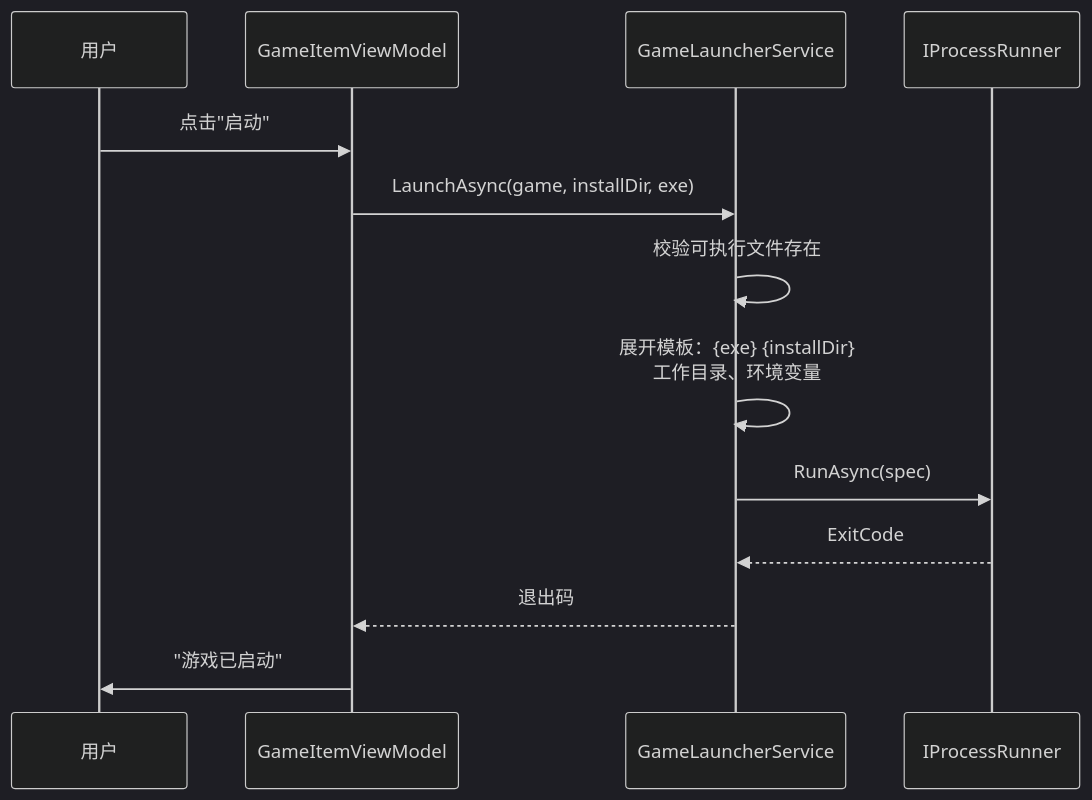
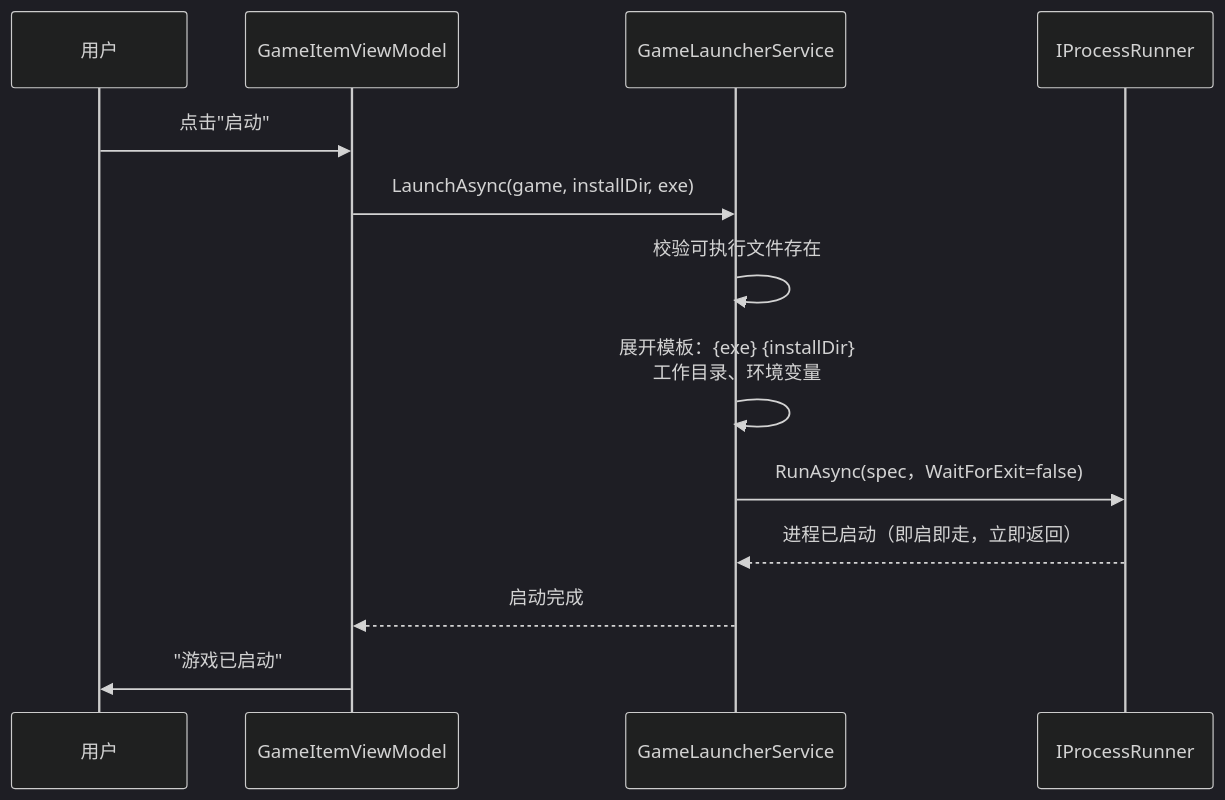
One commit to AngelBeats-Kanade/YetAnotherGameLauncher changed the second of 7 diagrams in docs/ARCHITECTURE.md. Above: the diagram before and after it, drawn with Mermaid (dark theme). The commit also changed other lines of this file and 9 other files, not shown here.

````diff
--- a/docs/ARCHITECTURE.md
+++ b/docs/ARCHITECTURE.md
@@ -82,16 +87,16 @@
 ```mermaid
 sequenceDiagram
     participant U as 用户
     participant VM as GameItemViewModel
     participant LS as GameLauncherService
     participant PR as IProcessRunner
 
     U->>VM: 点击"启动"
     VM->>LS: LaunchAsync(game, installDir, exe)
     LS->>LS: 校验可执行文件存在
     LS->>LS: 展开模板：{exe} {installDir}<br/>工作目录、环境变量
-    LS->>PR: RunAsync(spec)
-    PR-->>LS: ExitCode
-    LS-->>VM: 退出码
+    LS->>PR: RunAsync(spec，WaitForExit=false)
+    PR-->>LS: 进程已启动（即启即走，立即返回）
+    LS-->>VM: 启动完成
     VM->>U: "游戏已启动"
 ```
````
